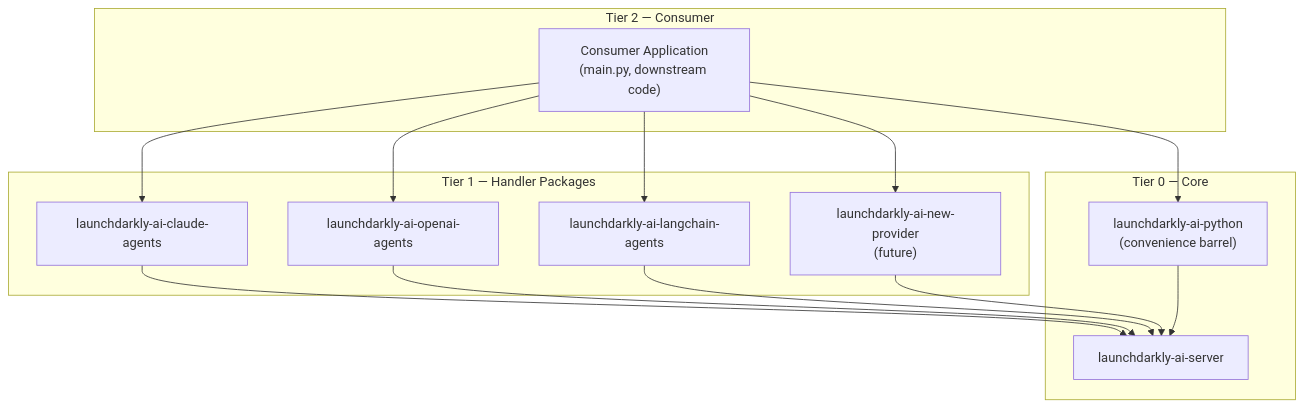
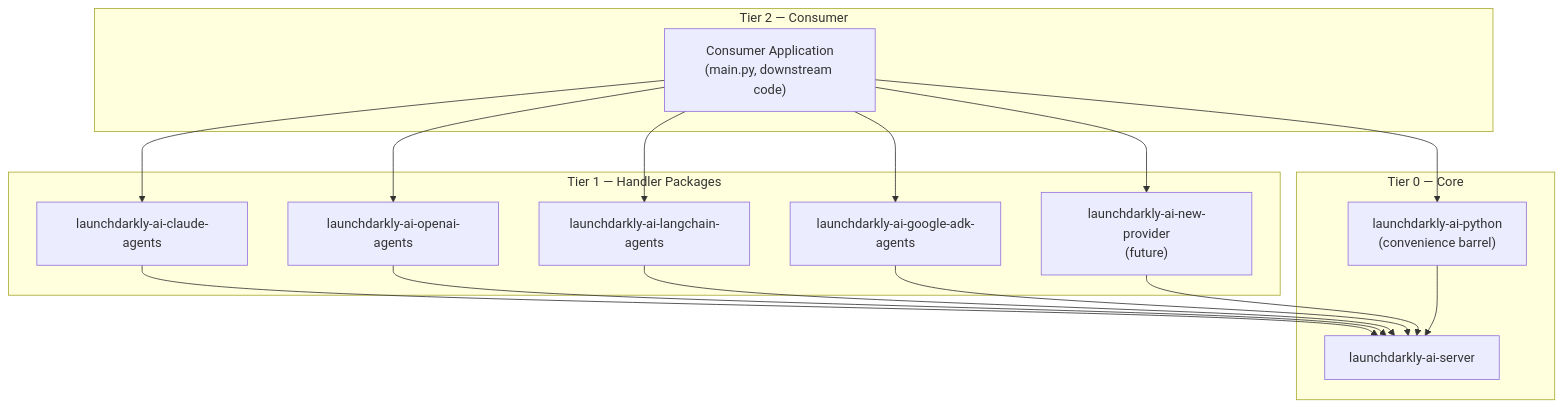
One commit to launchdarkly/python-ai-sdk changed the diagram in AGENTS.md. Above: the diagram before and after it, drawn with Mermaid. The commit also changed other lines of this file and 21 other files, not shown here.

First line of the commit message:
feat(AIC-3412): add the Google ADK agents handler

````diff
--- a/AGENTS.md
+++ b/AGENTS.md
@@ -81,27 +81,30 @@
 ```mermaid
 graph TD
  subgraph tier2 ["Tier 2 — Consumer"]
   app["Consumer Application\n(main.py, downstream code)"]
  end
  subgraph tier1 ["Tier 1 — Handler Packages"]
   claude["launchdarkly-ai-claude-agents"]
   openai["launchdarkly-ai-openai-agents"]
   langchain["launchdarkly-ai-langchain-agents"]
+  googleAdk["launchdarkly-ai-google-adk-agents"]
   newHandler["launchdarkly-ai-new-provider\n(future)"]
  end
  subgraph tier0 ["Tier 0 — Core"]
   ai["launchdarkly-ai-python\n(convenience barrel)"]
   client["launchdarkly-ai-server"]
  end
 
  app --> claude
  app --> openai
  app --> langchain
+ app --> googleAdk
  app --> newHandler
  app --> ai
  claude --> client
  openai --> client
  langchain --> client
+ googleAdk --> client
  newHandler --> client
  ai --> client
 ```
````
